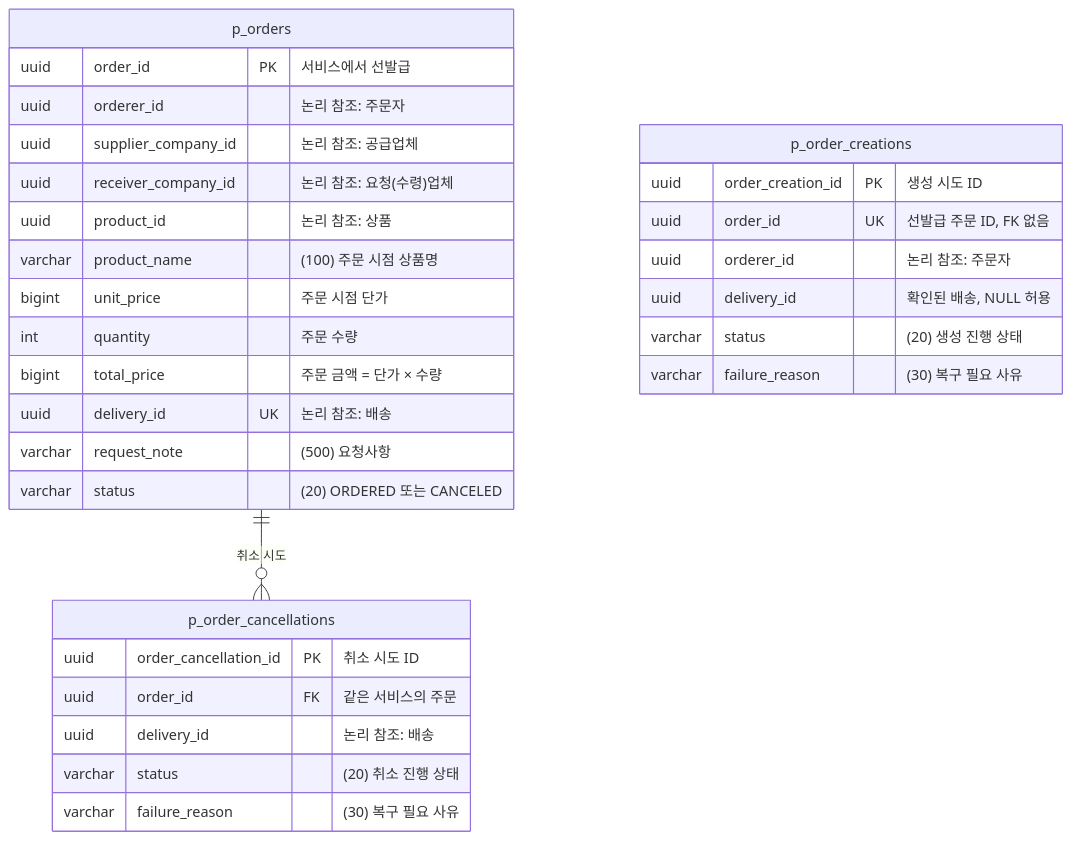
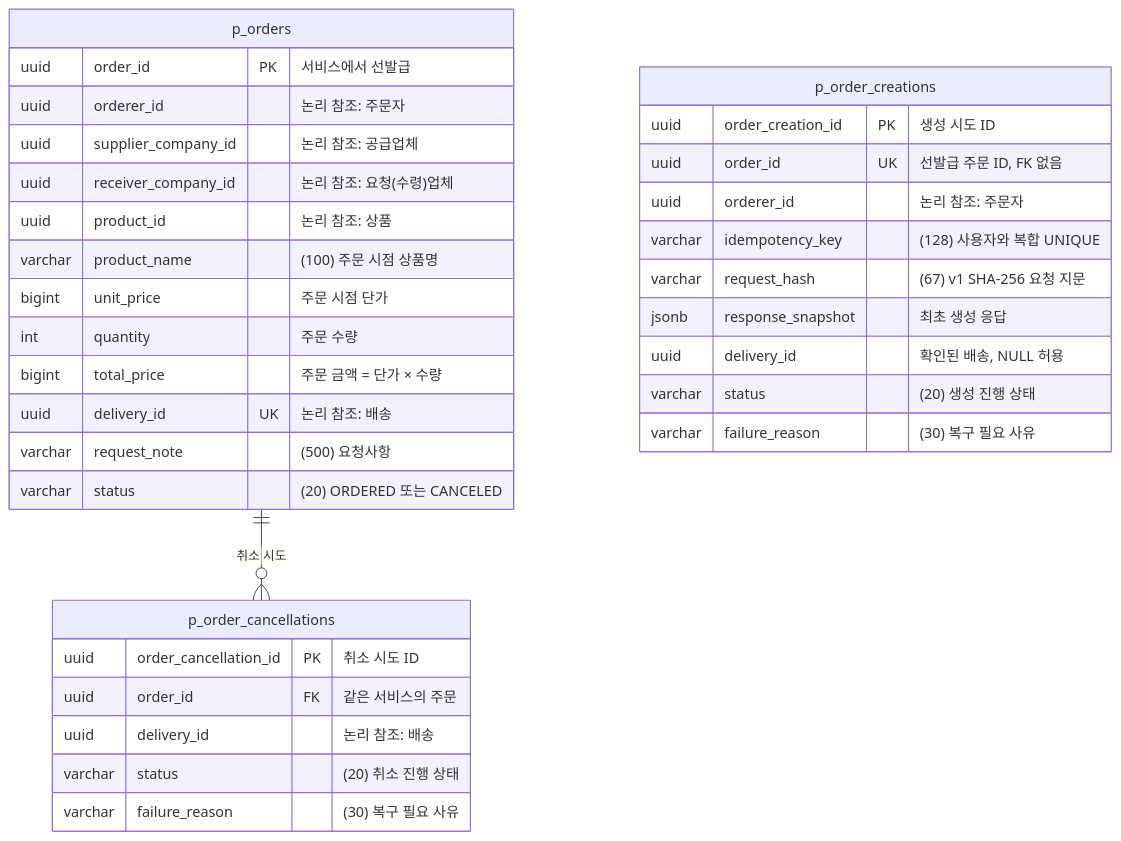
Before and after one commit to logistics-group3/logistics-management: diagram 16 of 20 in docs/SA/sparta-logistics-sa.md, drawn with Mermaid. The commit also changed other lines of this file and 35 other files, not shown here.

````diff
--- a/docs/SA/sparta-logistics-sa.md
+++ b/docs/SA/sparta-logistics-sa.md
@@ -534,33 +535,36 @@
 ```mermaid
 erDiagram
     p_orders ||--o{ p_order_cancellations : "취소 시도"
     p_orders {
         uuid order_id PK "서비스에서 선발급"
         uuid orderer_id "논리 참조: 주문자"
         uuid supplier_company_id "논리 참조: 공급업체"
         uuid receiver_company_id "논리 참조: 요청(수령)업체"
         uuid product_id "논리 참조: 상품"
         varchar product_name "(100) 주문 시점 상품명"
         bigint unit_price "주문 시점 단가"
         int quantity "주문 수량"
         bigint total_price "주문 금액 = 단가 × 수량"
         uuid delivery_id UK "논리 참조: 배송"
         varchar request_note "(500) 요청사항"
         varchar status "(20) ORDERED 또는 CANCELED"
     }
     p_order_creations {
         uuid order_creation_id PK "생성 시도 ID"
         uuid order_id UK "선발급 주문 ID, FK 없음"
         uuid orderer_id "논리 참조: 주문자"
+        varchar idempotency_key "(128) 사용자와 복합 UNIQUE"
+        varchar request_hash "(67) v1 SHA-256 요청 지문"
+        jsonb response_snapshot "최초 생성 응답"
         uuid delivery_id "확인된 배송, NULL 허용"
         varchar status "(20) 생성 진행 상태"
         varchar failure_reason "(30) 복구 필요 사유"
     }
     p_order_cancellations {
         uuid order_cancellation_id PK "취소 시도 ID"
         uuid order_id FK "같은 서비스의 주문"
         uuid delivery_id "논리 참조: 배송"
         varchar status "(20) 취소 진행 상태"
         varchar failure_reason "(30) 복구 필요 사유"
     }
 ```
````
